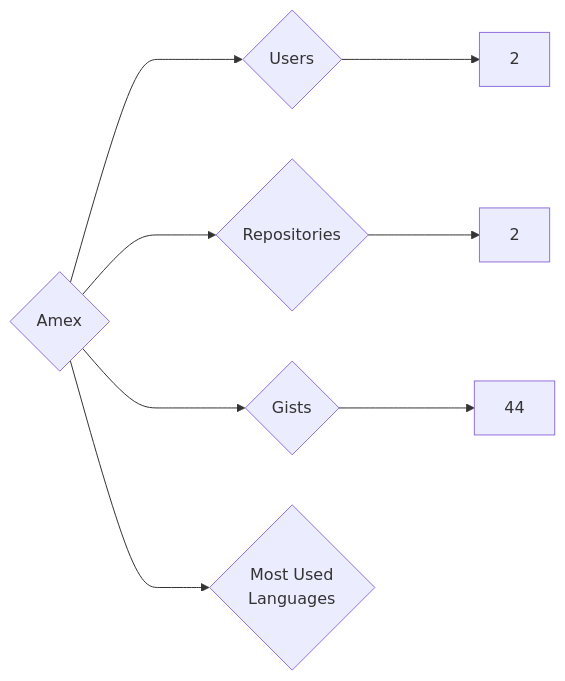
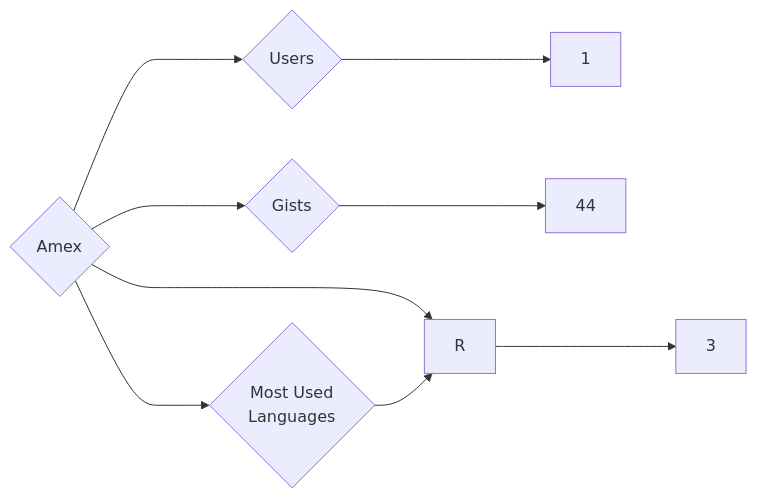
The diagram in targets/Amex/README.md (trickest/insiders), drawn with Mermaid before and after one commit. The commit also changed 559 other files, not shown here.

````diff
--- a/targets/Amex/README.md
+++ b/targets/Amex/README.md
@@ -3,8 +3,9 @@
 ```mermaid
 graph LR
 COMPANY_NAME{Amex}
-COMPANY_NAME ---> U{Users} ---> UN[2]
-COMPANY_NAME ---> R{Repositories} ---> RN[2]
+COMPANY_NAME ---> U{Users} ---> UN[1]
+COMPANY_NAME ---> R{Repositories} ---> RN[3]
 COMPANY_NAME ---> G{Gists} ---> GN[44]
 COMPANY_NAME ---> ML{Most Used<br>Languages}
+ML --> R[R]
 ```
````
